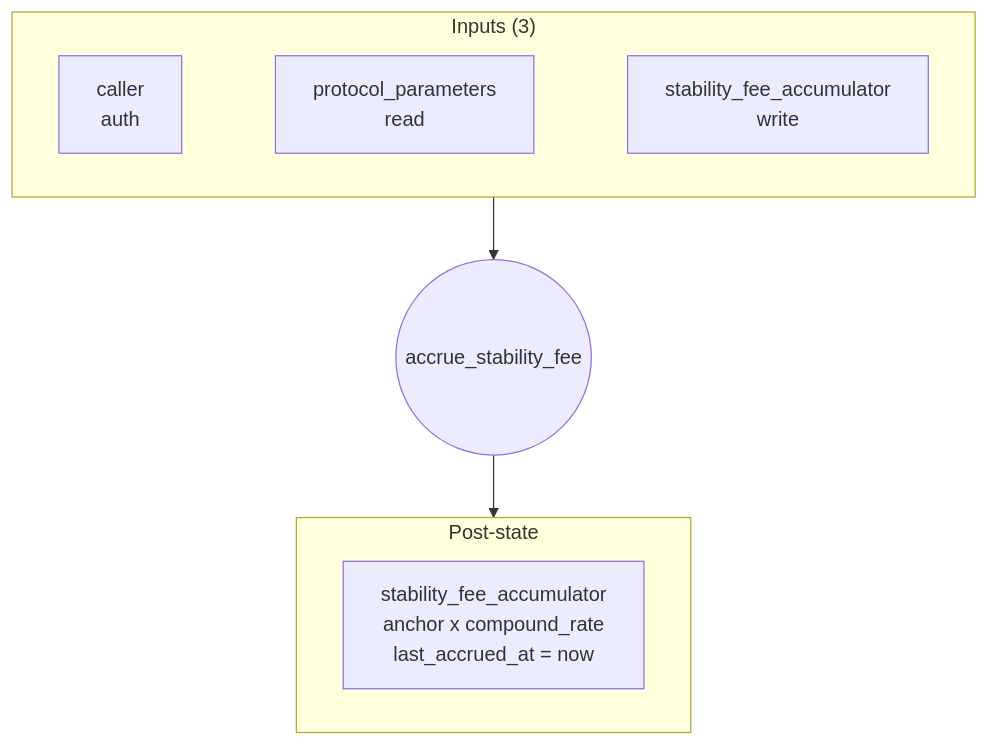
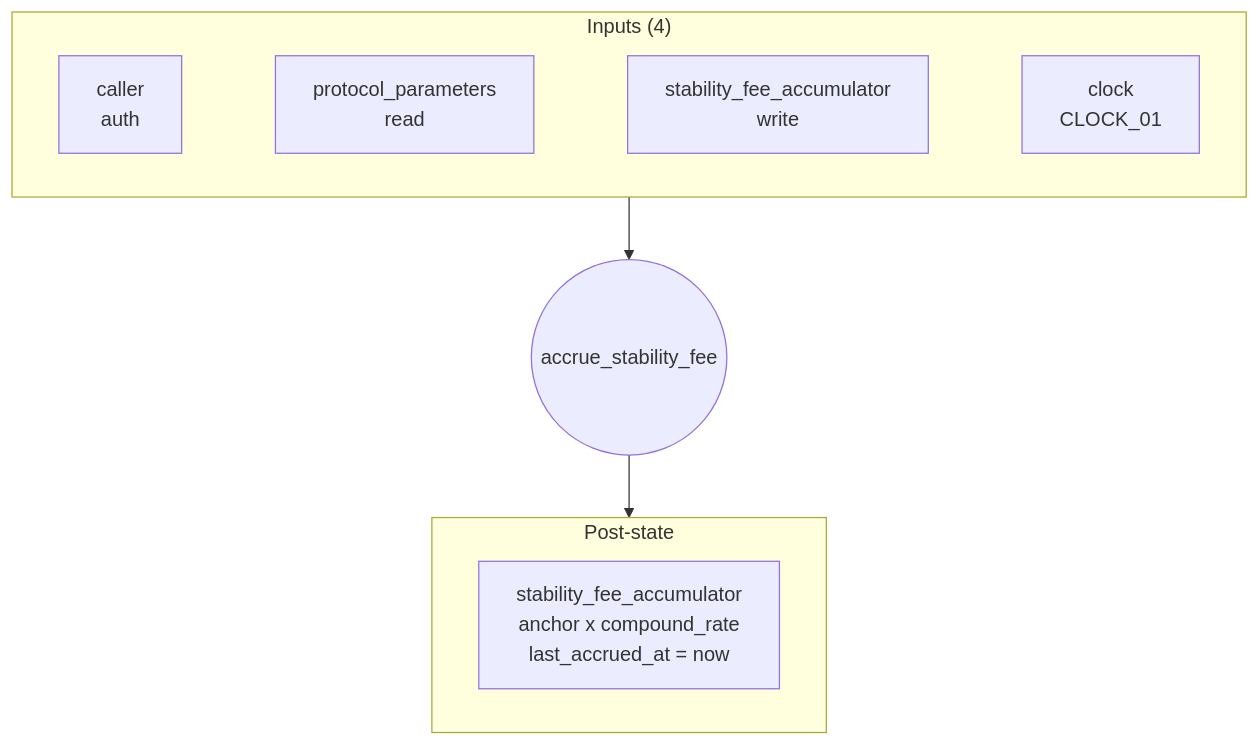
Before and after one commit to logos-blockchain/lez-programs: the fourth of 14 diagrams in docs/stablecoin/README.md, drawn with Mermaid. The commit also changed other lines of this file, not shown here.

First line of the commit message:
docs(stablecoin): document the CLOCK_01 clock account

````diff
--- a/docs/stablecoin/README.md
+++ b/docs/stablecoin/README.md
@@ -743,11 +775,11 @@
 ```mermaid
 flowchart TD
-    subgraph In["Inputs (3)"]
-        a1[caller<br/>auth] ~~~ a2[protocol_parameters<br/>read] ~~~ a3[stability_fee_accumulator<br/>write]
+    subgraph In["Inputs (4)"]
+        a1[caller<br/>auth] ~~~ a2[protocol_parameters<br/>read] ~~~ a3[stability_fee_accumulator<br/>write] ~~~ a4[clock<br/>CLOCK_01]
     end
     subgraph Post["Post-state"]
         p1[stability_fee_accumulator<br/>anchor x compound_rate<br/>last_accrued_at = now]
     end
     In --> Ins((accrue_stability_fee))
     Ins --> Post
 ```
````
